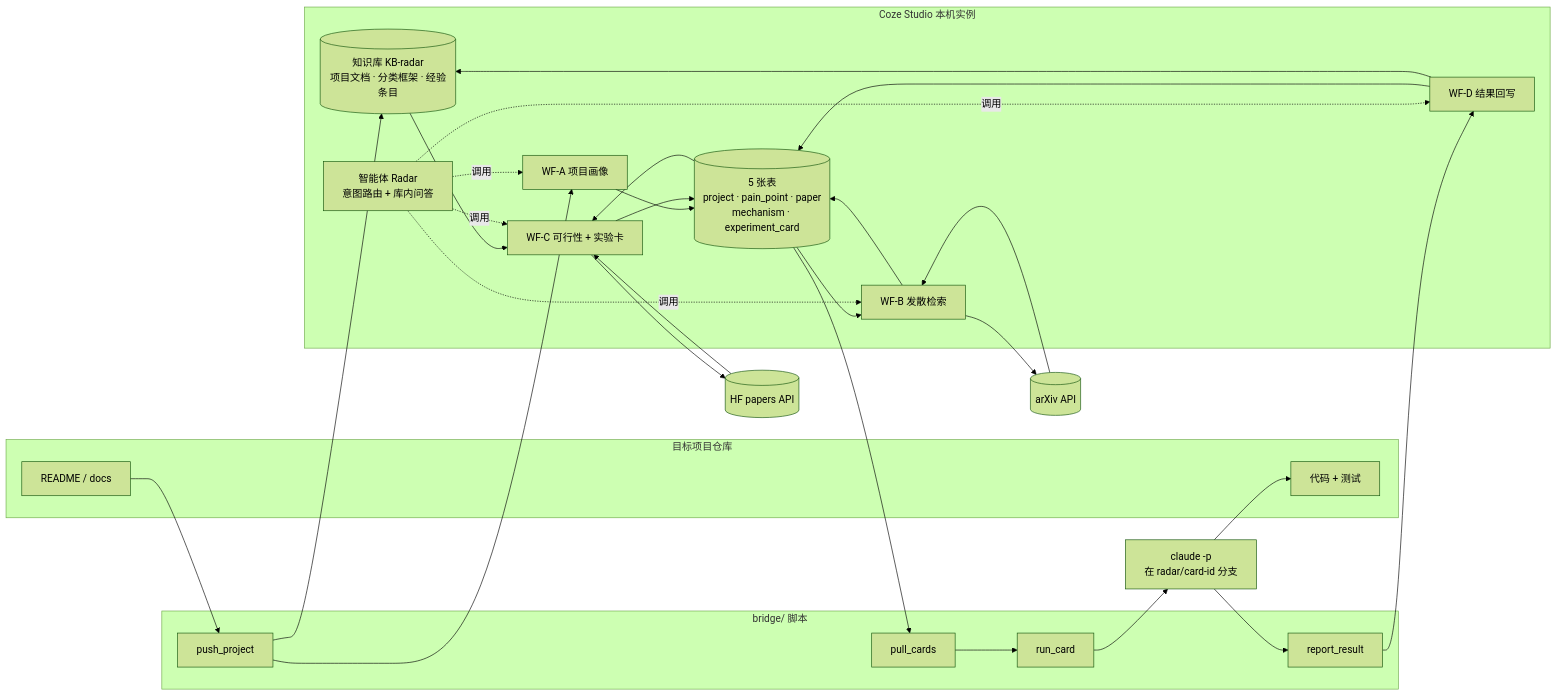
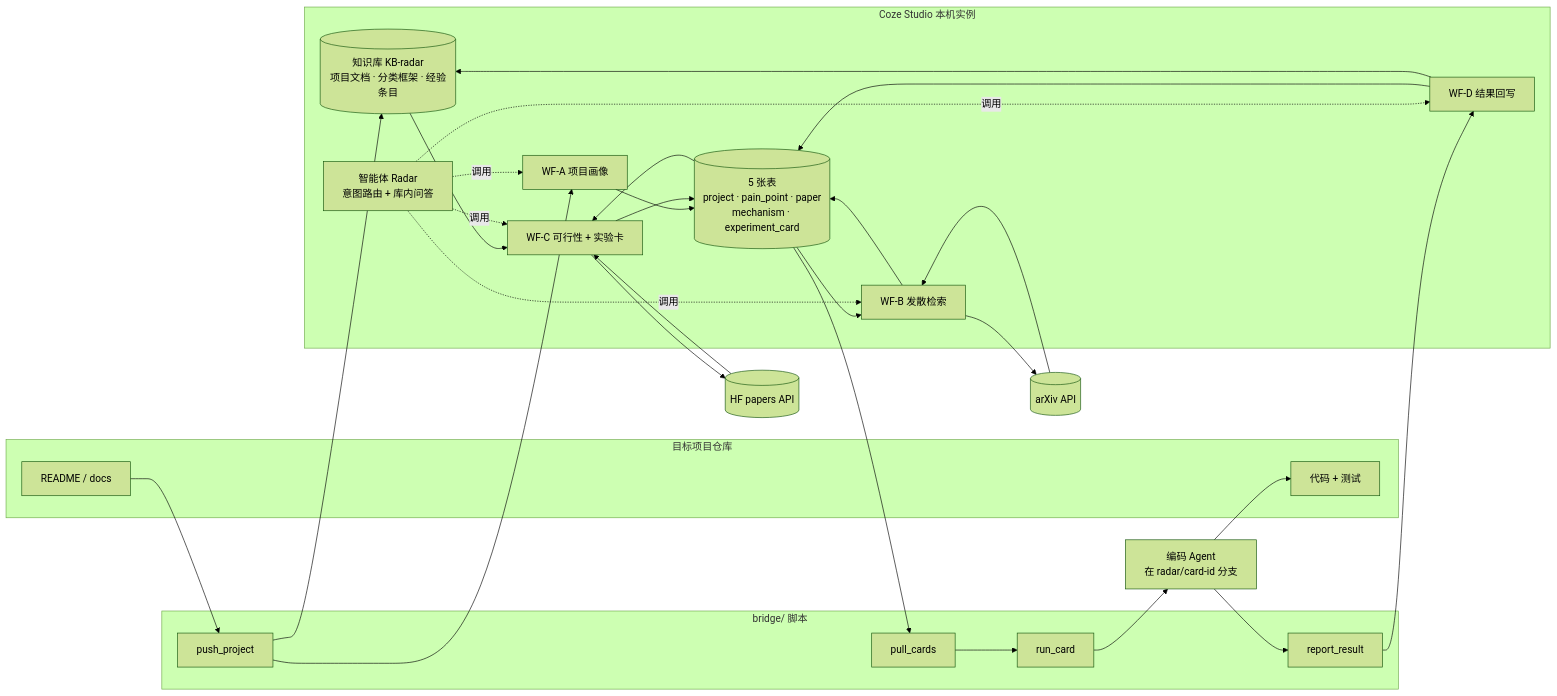
One commit to yhnapoleon/READAR changed the diagram in README.md. Above: the diagram before and after it, drawn with Mermaid (forest theme). The commit also changed other lines of this file and 5 other files, not shown here.

````diff
--- a/README.md
+++ b/README.md
@@ -52,30 +52,30 @@
 ```mermaid
 flowchart LR
     subgraph Repo[目标项目仓库]
         Docs[README / docs]
         Code[代码 + 测试]
     end
     subgraph Coze[Coze Studio 本机实例]
         KB[(知识库 KB-radar<br/>项目文档 · 分类框架 · 经验条目)]
         DB[(5 张表<br/>project · pain_point · paper<br/>mechanism · experiment_card)]
         A[WF-A 项目画像]
         B[WF-B 发散检索]
         C[WF-C 可行性 + 实验卡]
         D[WF-D 结果回写]
         Agent[智能体 Radar<br/>意图路由 + 库内问答]
     end
     subgraph Bridge[bridge/ 脚本]
         push[push_project]
         pull[pull_cards]
         runc[run_card]
         rep[report_result]
     end
     Docs --> push --> KB & A
     A --> DB
     DB --> B --> arXiv[(arXiv API)] --> B --> DB
     DB --> C --> HF[(HF papers API)] --> C
     KB --> C --> DB
-    DB --> pull --> runc --> CC[claude -p<br/>在 radar/card-id 分支] --> Code
-    CC --> rep --> D --> DB & KB
+    DB --> pull --> runc --> EX[编码 Agent<br/>在 radar/card-id 分支] --> Code
+    EX --> rep --> D --> DB & KB
     Agent -. 调用 .-> A & B & C & D
 ```
````
